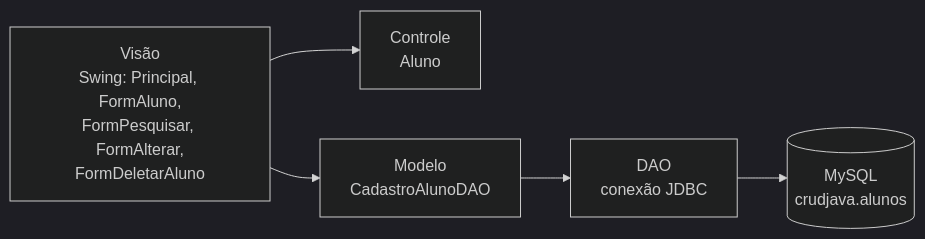
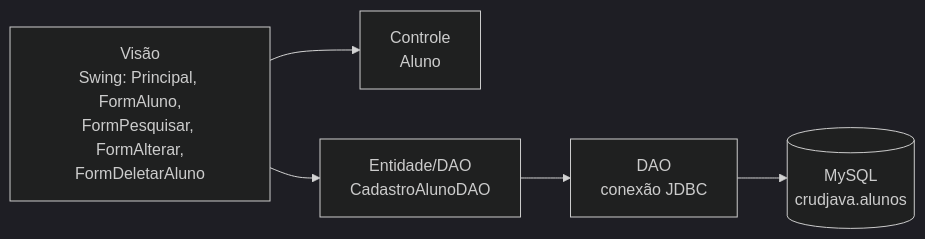
One commit to diegoomarcelo/Sistema_De_Cadastro changed the diagram in README.md. Above: the diagram before and after it, drawn with Mermaid (dark theme). The commit also changed other lines of this file, not shown here.

````diff
--- a/README.md
+++ b/README.md
@@ -60,7 +60,7 @@
 ```mermaid
 flowchart LR
     V[Visão<br/>Swing: Principal, FormAluno,<br/>FormPesquisar, FormAlterar,<br/>FormDeletarAluno] --> C[Controle<br/>Aluno]
-    V --> M[Modelo<br/>CadastroAlunoDAO]
+    V --> M[Entidade/DAO<br/>CadastroAlunoDAO]
     M --> D[DAO<br/>conexão JDBC]
     D --> DB[(MySQL<br/>crudjava.alunos)]
 ```
````
